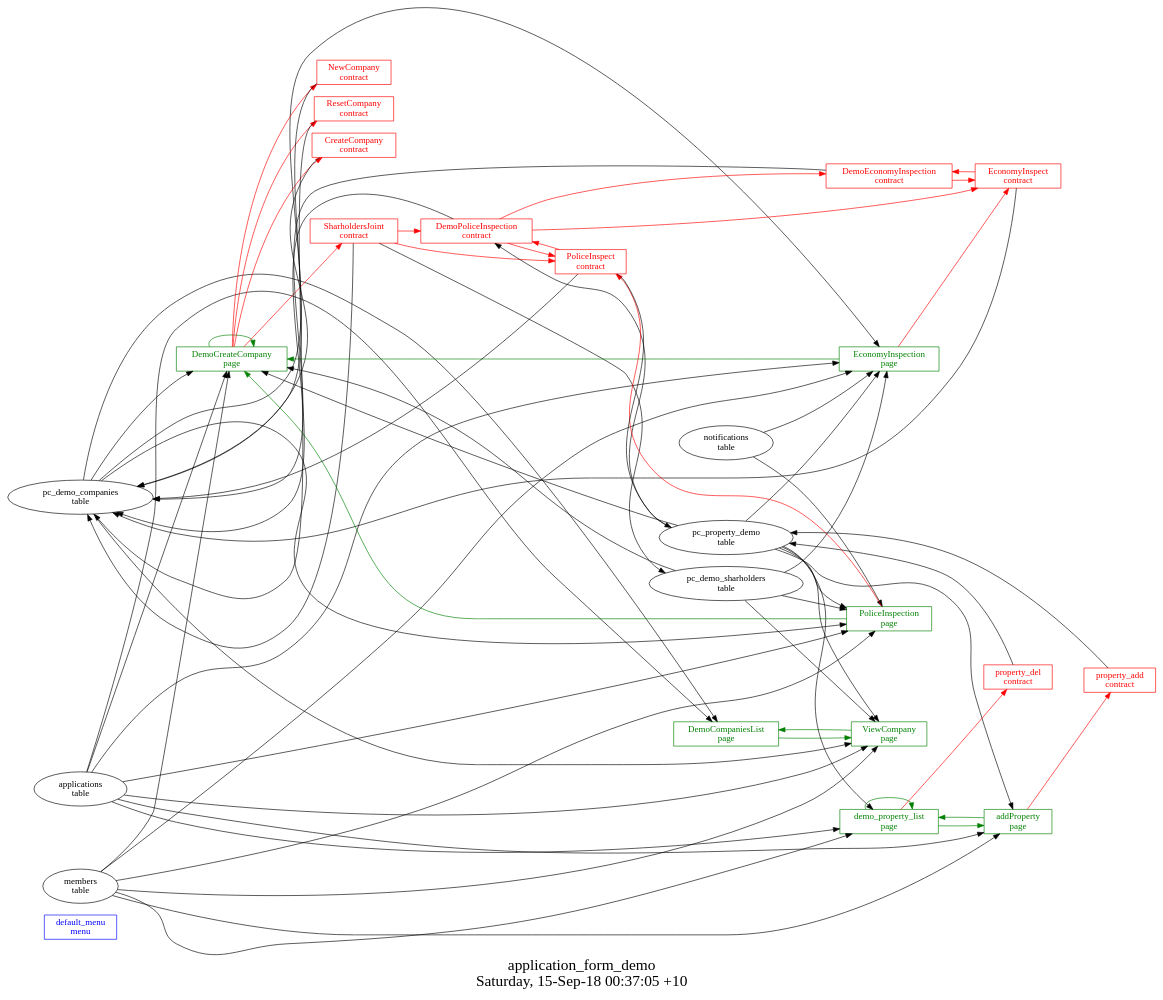
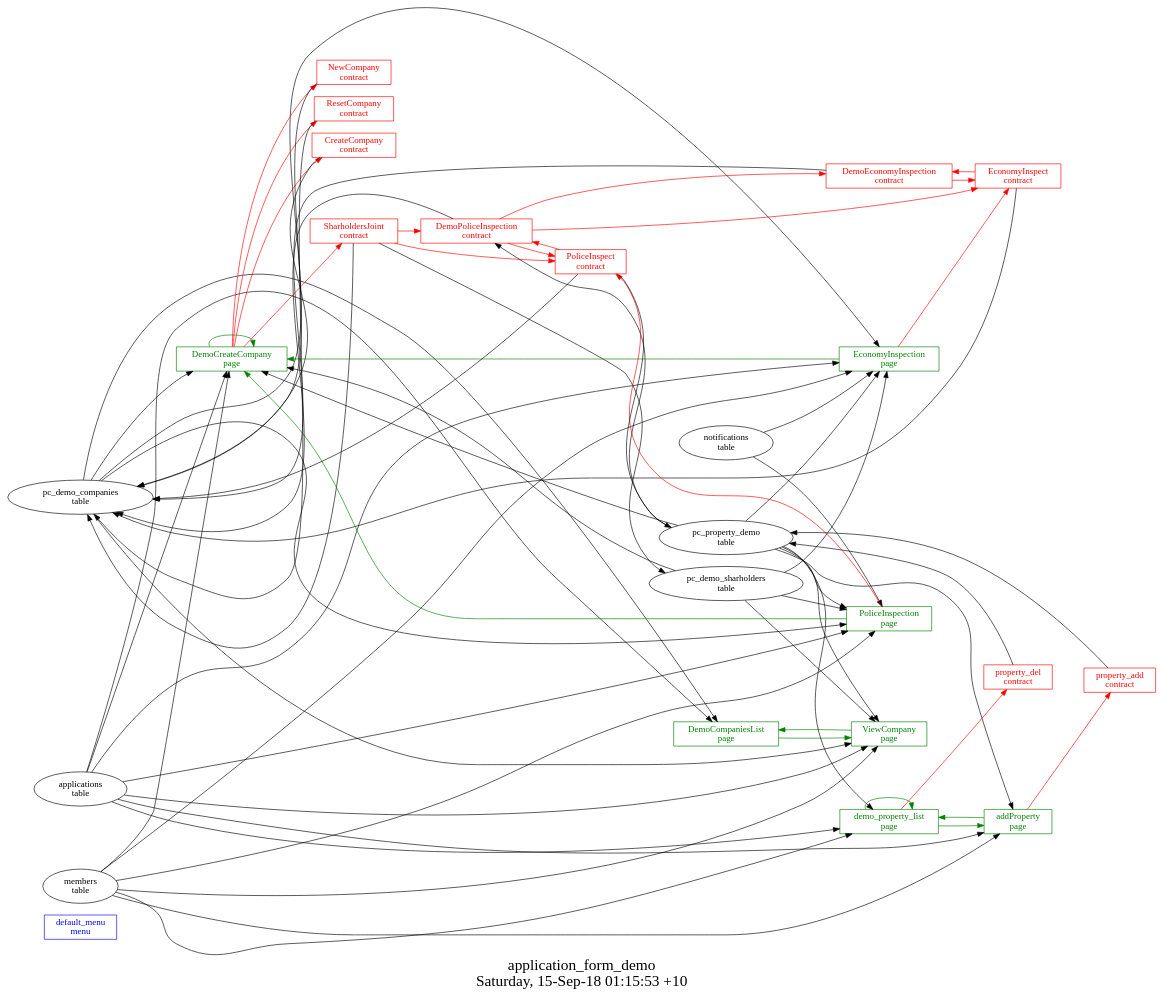
The diagram in quick-start-apps/application_form_demo/struct.dot (AplaProject/apps), drawn with Graphviz before and after one commit. The commit also changed 12 other files, not shown here.

```diff
--- a/quick-start-apps/application_form_demo/struct.dot
+++ b/quick-start-apps/application_form_demo/struct.dot
@@ -1,96 +1,96 @@
 digraph G {
 fontsize="24";
-label="application_form_demo\nSaturday, 15-Sep-18 00:37:05 +10";
+label="application_form_demo\nSaturday, 15-Sep-18 01:15:53 +10";
 nojustify=true;
 ordering=out;
 rankdir=LR;
 size="30";
 "default_menu\nmenu" [color=blue, fontcolor=blue, group=menus, shape=record];
 "pc_demo_companies\ntable" -> "DemoCompaniesList\npage"
 "applications\ntable" -> "DemoCompaniesList\npage"
 "DemoCompaniesList\npage" -> "ViewCompany\npage"  [ color=green ]
 "DemoCompaniesList\npage" [color=green, fontcolor=green, group=pages, shape=record];
 "DemoCreateCompany\npage" -> "NewCompany\ncontract"  [ color=red ]
 "DemoCreateCompany\npage" -> "ResetCompany\ncontract"  [ color=red ]
 "DemoCreateCompany\npage" -> "CreateCompany\ncontract"  [ color=red ]
 "DemoCreateCompany\npage" -> "SharholdersJoint\ncontract"  [ color=red ]
 "applications\ntable" -> "DemoCreateCompany\npage"
 "pc_demo_companies\ntable" -> "DemoCreateCompany\npage"
 "members\ntable" -> "DemoCreateCompany\npage"
 "pc_demo_sharholders\ntable" -> "DemoCreateCompany\npage"
 "pc_property_demo\ntable" -> "DemoCreateCompany\npage"
 "DemoCreateCompany\npage" -> "DemoCreateCompany\npage"  [ color=green ]
 "DemoCreateCompany\npage" [color=green, fontcolor=green, group=pages, shape=record];
 "EconomyInspection\npage" -> "EconomyInspect\ncontract"  [ color=red ]
 "notifications\ntable" -> "EconomyInspection\npage"
 "pc_demo_companies\ntable" -> "EconomyInspection\npage"
 "pc_property_demo\ntable" -> "EconomyInspection\npage"
 "applications\ntable" -> "EconomyInspection\npage"
 "pc_demo_sharholders\ntable" -> "EconomyInspection\npage"
 "members\ntable" -> "EconomyInspection\npage"
 "EconomyInspection\npage" -> "DemoCreateCompany\npage"  [ color=green ]
 "EconomyInspection\npage" [color=green, fontcolor=green, group=pages, shape=record];
 "PoliceInspection\npage" -> "PoliceInspect\ncontract"  [ color=red ]
 "notifications\ntable" -> "PoliceInspection\npage"
 "pc_demo_companies\ntable" -> "PoliceInspection\npage"
 "pc_property_demo\ntable" -> "PoliceInspection\npage"
 "applications\ntable" -> "PoliceInspection\npage"
 "pc_demo_sharholders\ntable" -> "PoliceInspection\npage"
 "members\ntable" -> "PoliceInspection\npage"
 "PoliceInspection\npage" -> "DemoCreateCompany\npage"  [ color=green ]
 "PoliceInspection\npage" [color=green, fontcolor=green, group=pages, shape=record];
 "pc_demo_companies\ntable" -> "ViewCompany\npage"
 "pc_property_demo\ntable" -> "ViewCompany\npage"
 "applications\ntable" -> "ViewCompany\npage"
 "pc_demo_sharholders\ntable" -> "ViewCompany\npage"
 "members\ntable" -> "ViewCompany\npage"
 "ViewCompany\npage" -> "DemoCompaniesList\npage"  [ color=green ]
 "ViewCompany\npage" [color=green, fontcolor=green, group=pages, shape=record];
 "addProperty\npage" -> "property_add\ncontract"  [ color=red ]
 "applications\ntable" -> "addProperty\npage"
 "pc_property_demo\ntable" -> "addProperty\npage"
 "members\ntable" -> "addProperty\npage"
 "addProperty\npage" -> "demo_property_list\npage"  [ color=green ]
 "addProperty\npage" [color=green, fontcolor=green, group=pages, shape=record];
 "demo_property_list\npage" -> "property_del\ncontract"  [ color=red ]
 "pc_property_demo\ntable" -> "demo_property_list\npage"
 "applications\ntable" -> "demo_property_list\npage"
 "members\ntable" -> "demo_property_list\npage"
 "demo_property_list\npage" -> "demo_property_list\npage"  [ color=green ]
 "demo_property_list\npage" -> "addProperty\npage"  [ color=green ]
 "demo_property_list\npage" [color=green, fontcolor=green, group=pages, shape=record];
 "CreateCompany\ncontract" -> "pc_demo_companies\ntable"  [ color="" ]
 "CreateCompany\ncontract" [color=red, fontcolor=red, group=contracts, shape=record];
 "DemoEconomyInspection\ncontract" -> "EconomyInspect\ncontract"  [ color=red ]
 "DemoEconomyInspection\ncontract" -> "pc_demo_companies\ntable"  [ color="" ]
 "DemoEconomyInspection\ncontract" [color=red, fontcolor=red, group=contracts, shape=record];
 "DemoPoliceInspection\ncontract" -> "DemoEconomyInspection\ncontract"  [ color=red ]
 "DemoPoliceInspection\ncontract" -> "EconomyInspect\ncontract"  [ color=red ]
 "DemoPoliceInspection\ncontract" -> "PoliceInspect\ncontract"  [ color=red ]
 "DemoPoliceInspection\ncontract" -> "pc_demo_companies\ntable"  [ color="" ]
 "pc_property_demo\ntable" -> "DemoPoliceInspection\ncontract"
 "DemoPoliceInspection\ncontract" [color=red, fontcolor=red, group=contracts, shape=record];
 "EconomyInspect\ncontract" -> "DemoEconomyInspection\ncontract"  [ color=red ]
 "EconomyInspect\ncontract" -> "pc_demo_companies\ntable"  [ color="" ]
 "EconomyInspect\ncontract" [color=red, fontcolor=red, group=contracts, shape=record];
 "NewCompany\ncontract" -> "pc_demo_companies\ntable"  [ color="" ]
 "NewCompany\ncontract" [color=red, fontcolor=red, group=contracts, shape=record];
 "PoliceInspect\ncontract" -> "DemoPoliceInspection\ncontract"  [ color=red ]
 "PoliceInspect\ncontract" -> "pc_demo_companies\ntable"  [ color="" ]
 "PoliceInspect\ncontract" -> "pc_property_demo\ntable"  [ color="" ]
 "PoliceInspect\ncontract" [color=red, fontcolor=red, group=contracts, shape=record];
 "ResetCompany\ncontract" -> "pc_demo_companies\ntable"  [ color="" ]
 "ResetCompany\ncontract" [color=red, fontcolor=red, group=contracts, shape=record];
 "SharholdersJoint\ncontract" -> "DemoPoliceInspection\ncontract"  [ color=red ]
 "SharholdersJoint\ncontract" -> "PoliceInspect\ncontract"  [ color=red ]
 "SharholdersJoint\ncontract" -> "pc_demo_sharholders\ntable"  [ color="" ]
 "SharholdersJoint\ncontract" -> "pc_demo_companies\ntable"  [ color="" ]
 "SharholdersJoint\ncontract" [color=red, fontcolor=red, group=contracts, shape=record];
 "property_add\ncontract" -> "pc_property_demo\ntable"  [ color="" ]
 "property_add\ncontract" [color=red, fontcolor=red, group=contracts, shape=record];
 "property_del\ncontract" -> "pc_property_demo\ntable"  [ color="" ]
 "property_del\ncontract" [color=red, fontcolor=red, group=contracts, shape=record];
 "pc_demo_companies\ntable" [color="", fontcolor="", group=tables, shape=""];
 "pc_demo_sharholders\ntable" [color="", fontcolor="", group=tables, shape=""];
 "pc_property_demo\ntable" [color="", fontcolor="", group=tables, shape=""];
 }
```
